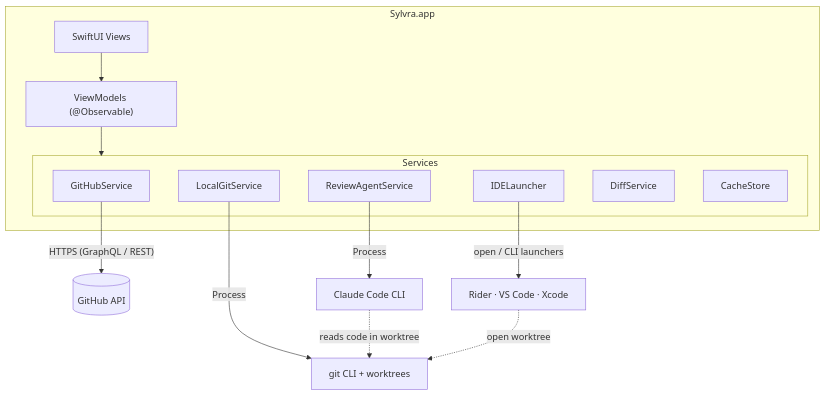
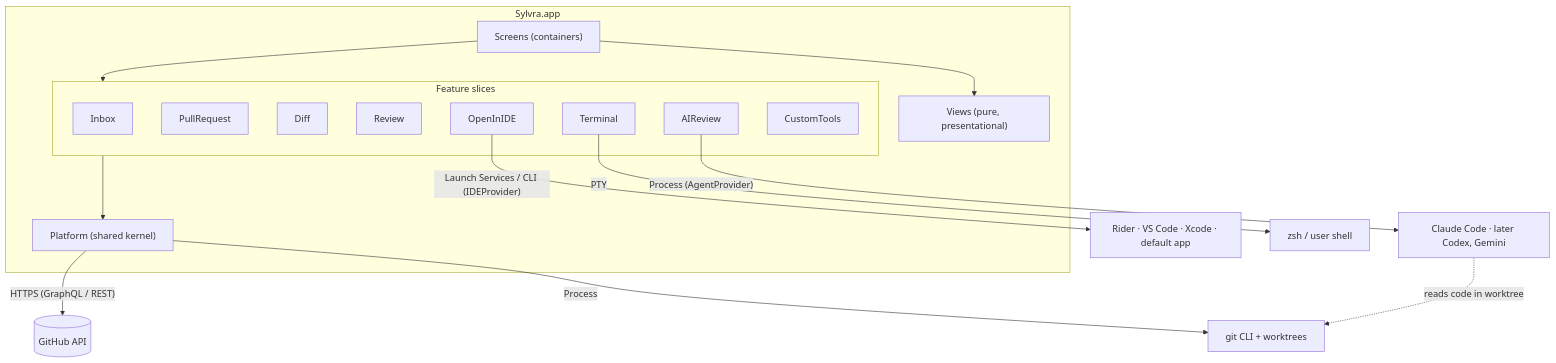
Before and after one commit to mduu/sylvra: the first of 4 diagrams in specs/architecture.md, drawn with Mermaid. The commit also changed other lines of this file and 7 other files, not shown here.

````diff
--- a/specs/architecture.md
+++ b/specs/architecture.md
@@ -9,22 +9,25 @@
 ```mermaid
 flowchart TB
     subgraph App["Sylvra.app"]
-        Views["SwiftUI Views"] --> VM["ViewModels (@Observable)"]
-        VM --> Services
-        subgraph Services
-            GHS[GitHubService]
-            LGS[LocalGitService]
-            RAS[ReviewAgentService]
-            IDL[IDELauncher]
-            DFS[DiffService]
-            CST[CacheStore]
+        Screens["Screens (containers)"] --> Views["Views (pure, presentational)"]
+        Screens --> Features
+        subgraph Features["Feature slices"]
+            Inbox
+            PullRequest
+            Diff
+            Review
+            AIReview
+            OpenInIDE
+            Terminal
+            CustomTools
         end
+        Features --> Platform["Platform (shared kernel)"]
     end
 
-    GHS -- "HTTPS (GraphQL / REST)" --> GitHub[("GitHub API")]
-    LGS -- Process --> Git["git CLI + worktrees"]
-    RAS -- Process --> Claude["Claude Code CLI"]
-    IDL -- "open / CLI launchers" --> IDEs["Rider · VS Code · Xcode"]
-    Claude -. "reads code in worktree" .-> Git
-    IDEs -. "open worktree" .-> Git
+    Platform -- "HTTPS (GraphQL / REST)" --> GitHub[("GitHub API")]
+    Platform -- Process --> Git["git CLI + worktrees"]
+    AIReview -- "Process (AgentProvider)" --> Agents["Claude Code · later Codex, Gemini"]
+    OpenInIDE -- "Launch Services / CLI (IDEProvider)" --> IDEs["Rider · VS Code · Xcode · default app"]
+    Terminal -- PTY --> Shell["zsh / user shell"]
+    Agents -. "reads code in worktree" .-> Git
 ```
````
